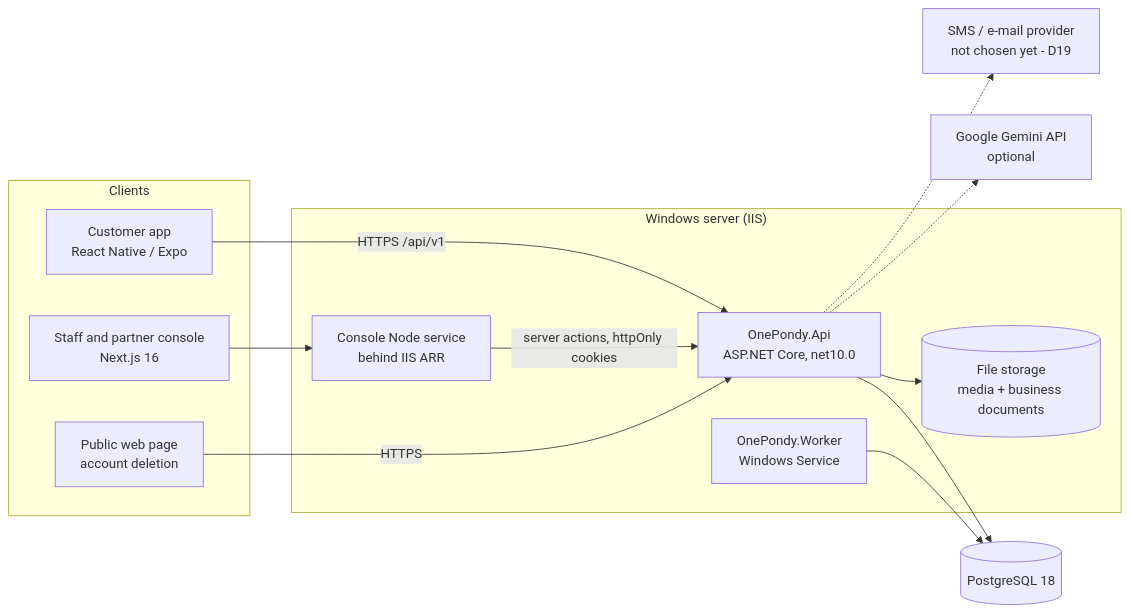
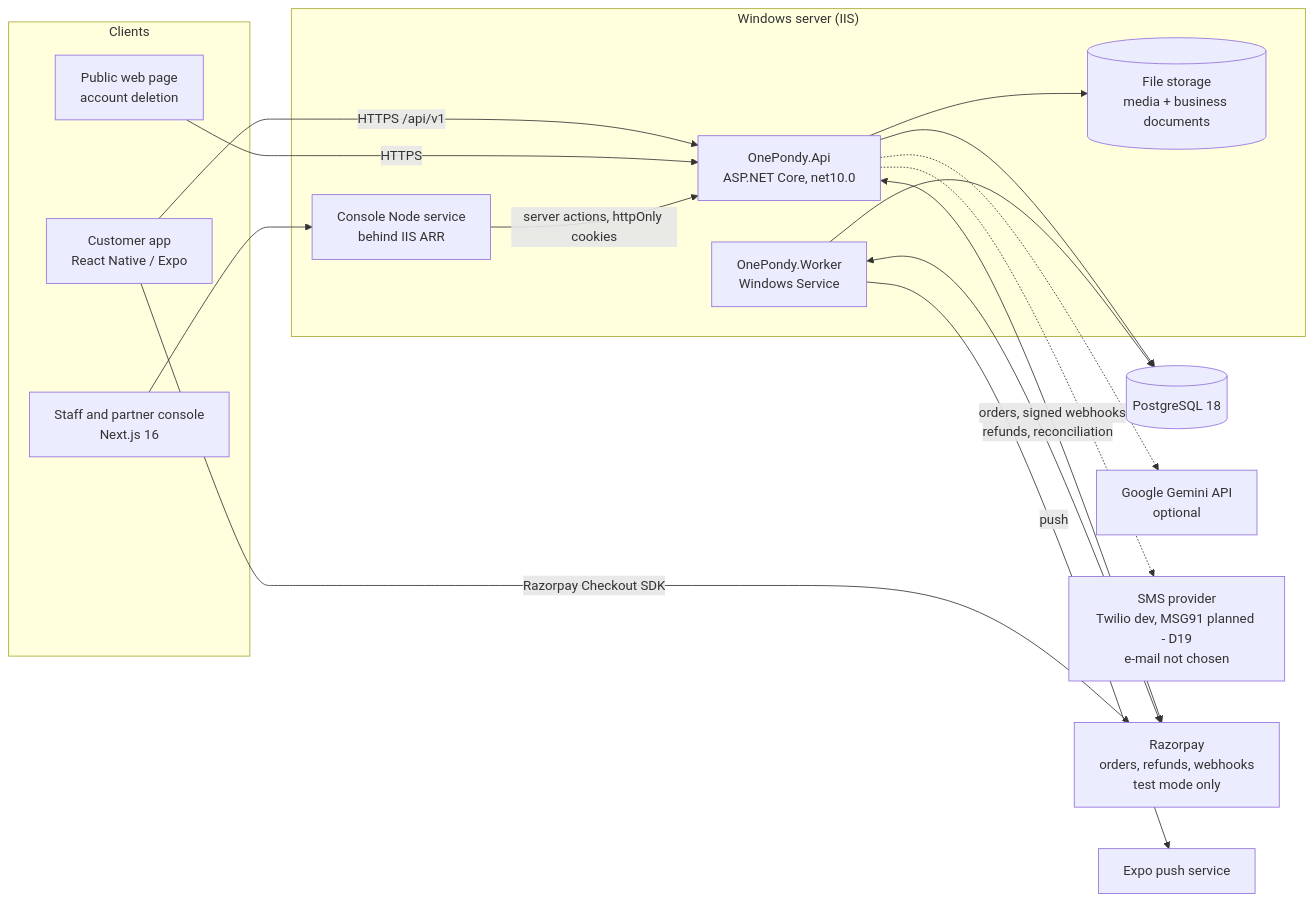
The first of 2 diagrams in docs/backend-architecture.md (Ranjith1926/OnePondy), drawn with Mermaid before and after one commit. The commit also changed other lines of this file and 6 other files, not shown here.

First line of the commit message:
Phase 7.10: bring the architecture, database and workflow docs up to date

````diff
--- a/docs/backend-architecture.md
+++ b/docs/backend-architecture.md
@@ -14,26 +16,32 @@
 ```mermaid
 flowchart LR
     subgraph Clients
         M[Customer app<br/>React Native / Expo]
         C[Staff and partner console<br/>Next.js 16]
         W[Public web page<br/>account deletion]
     end
     subgraph "Windows server (IIS)"
         A[OnePondy.Api<br/>ASP.NET Core, net10.0]
         K[OnePondy.Worker<br/>Windows Service]
         N[Console Node service<br/>behind IIS ARR]
         F[(File storage<br/>media + business documents)]
     end
     DB[(PostgreSQL 18)]
     G[Google Gemini API<br/>optional]
-    S[SMS / e-mail provider<br/>not chosen yet - D19]
+    S[SMS provider<br/>Twilio dev, MSG91 planned - D19<br/>e-mail not chosen]
+    R[Razorpay<br/>orders, refunds, webhooks<br/>test mode only]
+    X[Expo push service]
 
     M -->|HTTPS /api/v1| A
     W -->|HTTPS| A
     C --> N -->|server actions, httpOnly cookies| A
     A --> DB
     K --> DB
     A --> F
     A -.-> G
     A -.-> S
+    A <-->|orders, signed webhooks| R
+    K <-->|refunds, reconciliation| R
+    K -->|push| X
+    M -->|Razorpay Checkout SDK| R
 ```
````
